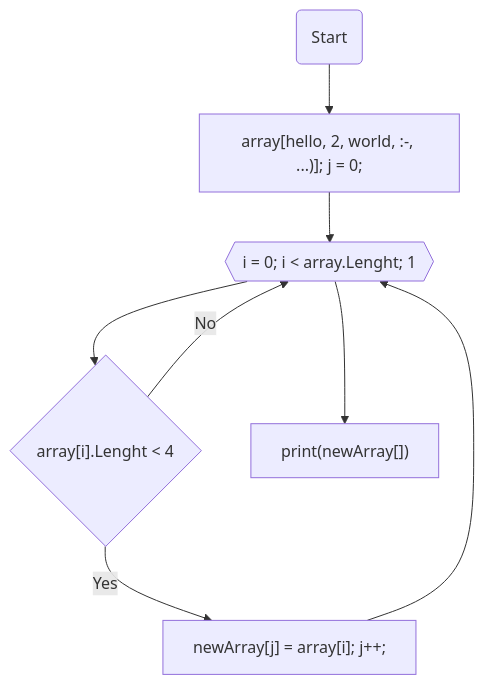
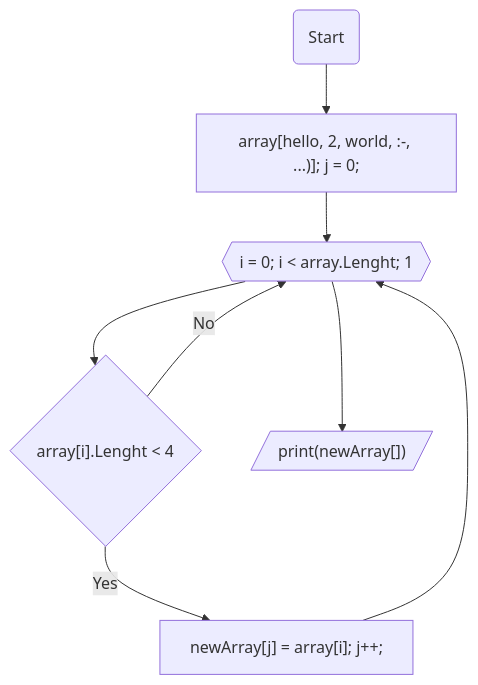
The diagram in README.md (Adalberto777/FinalTestWork), drawn with Mermaid before and after one commit.

Commit message:
block diagram

````diff
--- a/README.md
+++ b/README.md
@@ -14,10 +14,10 @@
 ```mermaid
   graph TB;       
     node1(Start)  --> node2["array[hello, 2, world, :-, ...)]; j = 0;"];
     node2["array[hello, 2, world, :-, ...)]; j = 0;"] --> node3{{"i = 0; i < array.Lenght; 1"}};
     node3{{"i = 0; i < array.Lenght; 1"}} --> node4{"array[i].Lenght < 4"};
     node4{"array[i].Lenght < 4"} -- Yes --> node5["newArray[j] = array[i]; j++;"];
     node5["newArray[j] = array[i]; j++;"] --> node3{{"i = 0; i < array.Lenght; 1"}};
     node4{"array[i].Lenght < 4"} -- No --> node3{{"i=0; i<array.Lenght;1"}};
-    node3{{"i = 0; i < array.Lenght; 1"}} --> node6["print(newArray[])"];
+    node3{{"i = 0; i < array.Lenght; 1"}} --> node6[/"print(newArray[])"/];
 ```
````
